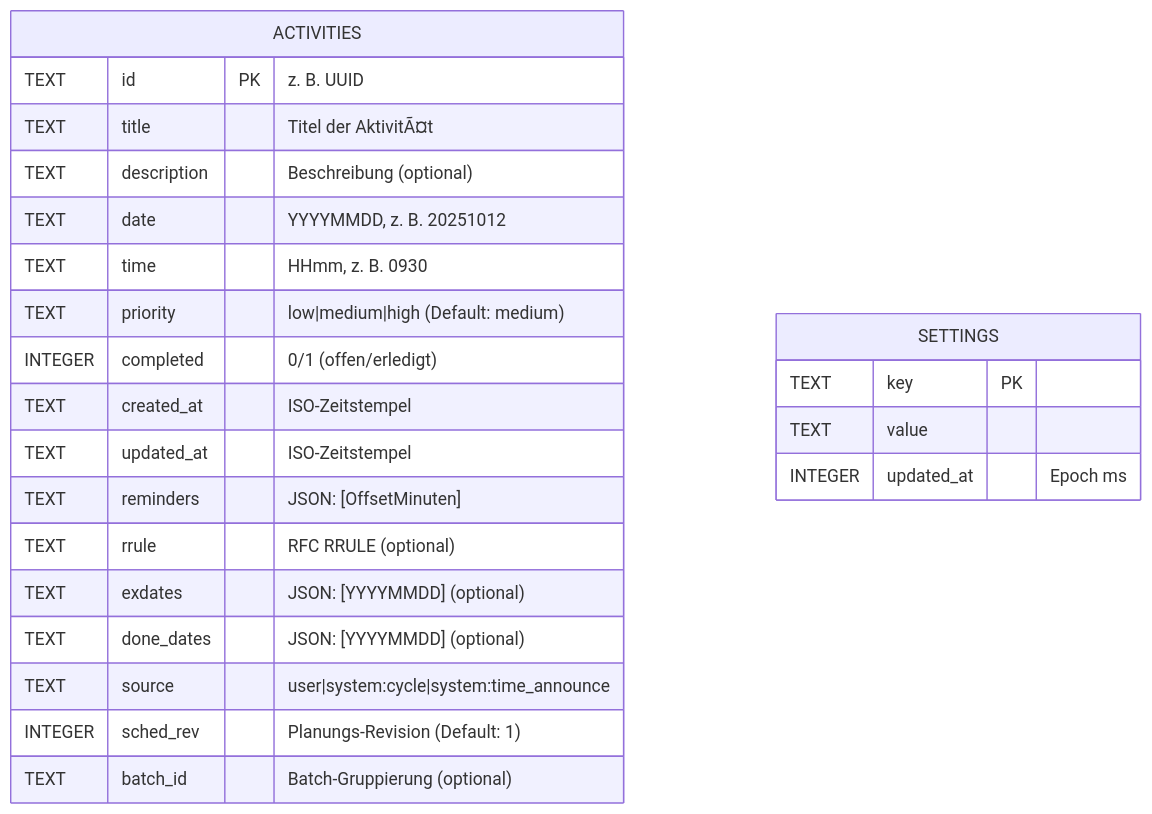
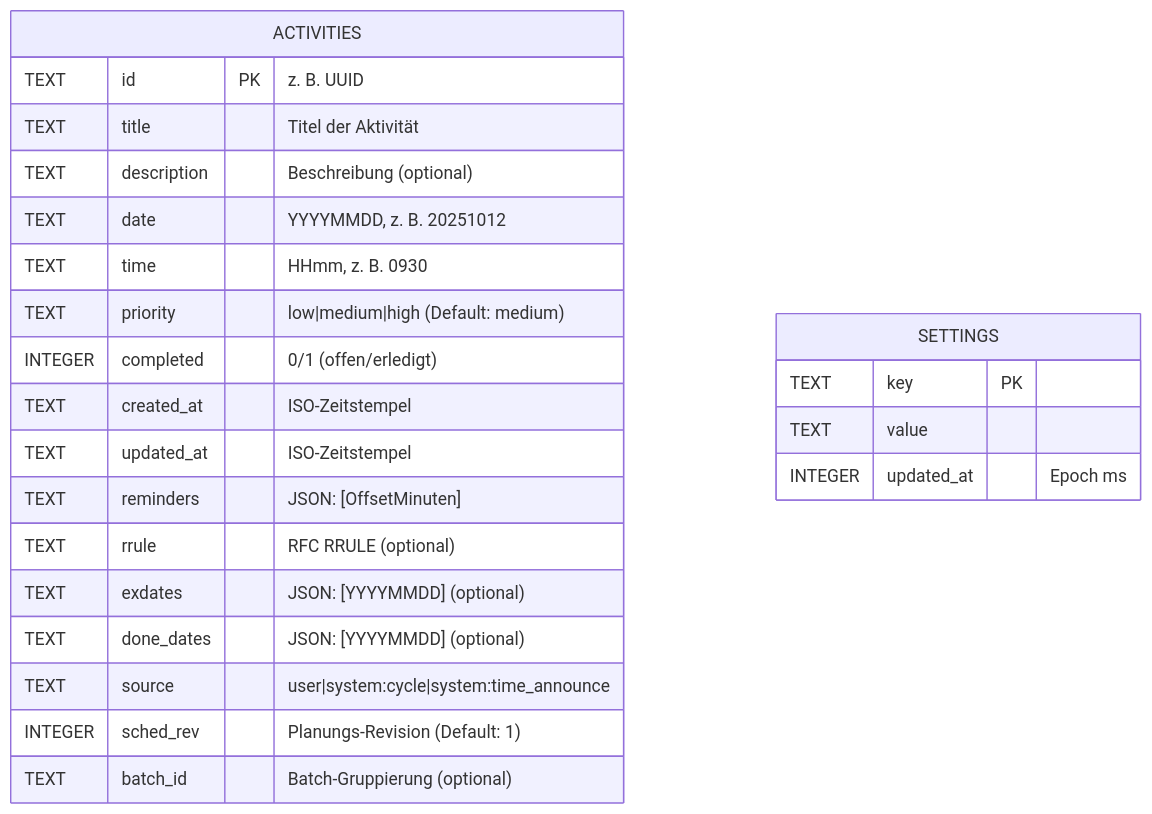
One commit to MathiasHaeuser1967/to-day-infos changed the first of 2 diagrams in docs/de/screens/info.md. Above: the diagram before and after it, drawn with Mermaid. The commit also changed other lines of this file and 51 other files, not shown here.

````diff
--- a/docs/de/screens/info.md
+++ b/docs/de/screens/info.md
@@ -36,27 +36,27 @@
 ```mermaid
 erDiagram
   ACTIVITIES {
     TEXT id PK "z. B. UUID"
-    TEXT title "Titel der AktivitÃ¤t"
+    TEXT title "Titel der Aktivität"
     TEXT description "Beschreibung (optional)"
     TEXT date "YYYYMMDD, z. B. 20251012"
     TEXT time "HHmm, z. B. 0930"
     TEXT priority "low|medium|high (Default: medium)"
     INTEGER completed "0/1 (offen/erledigt)"
     TEXT created_at "ISO-Zeitstempel"
     TEXT updated_at "ISO-Zeitstempel"
     TEXT reminders "JSON: [OffsetMinuten]"
     TEXT rrule "RFC RRULE (optional)"
     TEXT exdates "JSON: [YYYYMMDD] (optional)"
     TEXT done_dates "JSON: [YYYYMMDD] (optional)"
     TEXT source "user|system:cycle|system:time_announce"
     INTEGER sched_rev "Planungs-Revision (Default: 1)"
     TEXT batch_id "Batch-Gruppierung (optional)"
   }
 
   SETTINGS {
     TEXT key PK
     TEXT value
     INTEGER updated_at "Epoch ms"
   }
 ```
````
